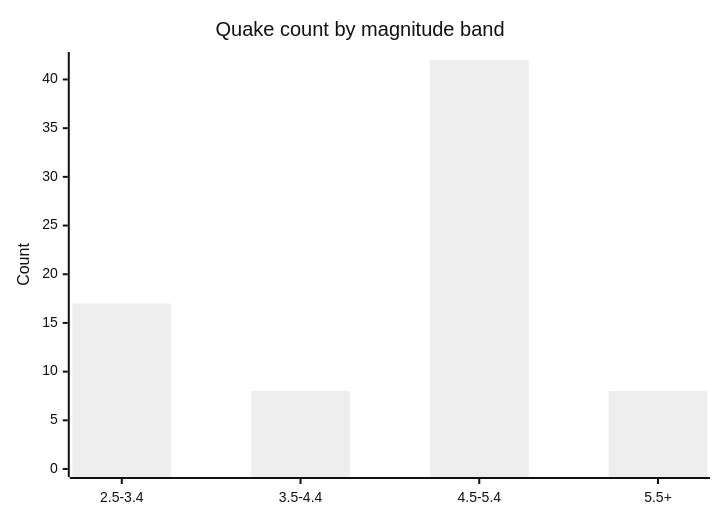
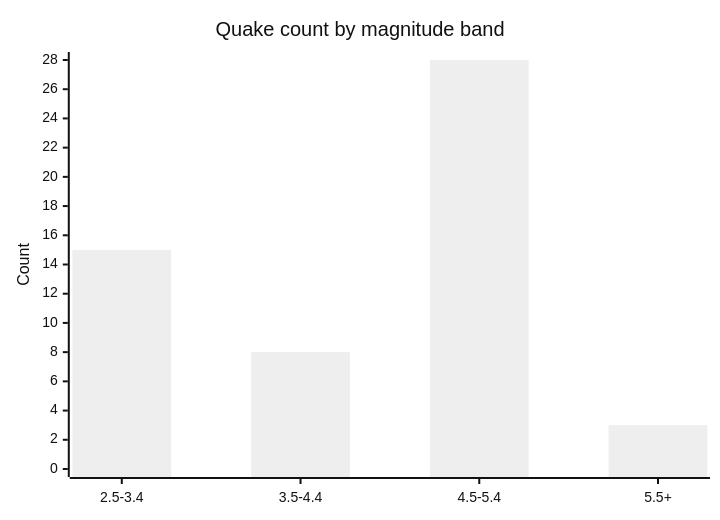
One commit to Midwest-Stratospheric/aerostratospheric-defense-gir changed the fifth of 6 diagrams in docs/GRAPHS.md. Above: the diagram before and after it, drawn with Mermaid (neutral theme). The commit also changed other lines of this file and 25 other files, not shown here.

````diff
--- a/docs/GRAPHS.md
+++ b/docs/GRAPHS.md
@@ -82,7 +82,7 @@
 ```mermaid
 xychart-beta
   title "Quake count by magnitude band"
   x-axis ["2.5-3.4", "3.5-4.4", "4.5-5.4", "5.5+"]
-  y-axis "Count" 0 --> 42
-  bar [17, 8, 42, 8]
+  y-axis "Count" 0 --> 28
+  bar [15, 8, 28, 3]
 ```
````
